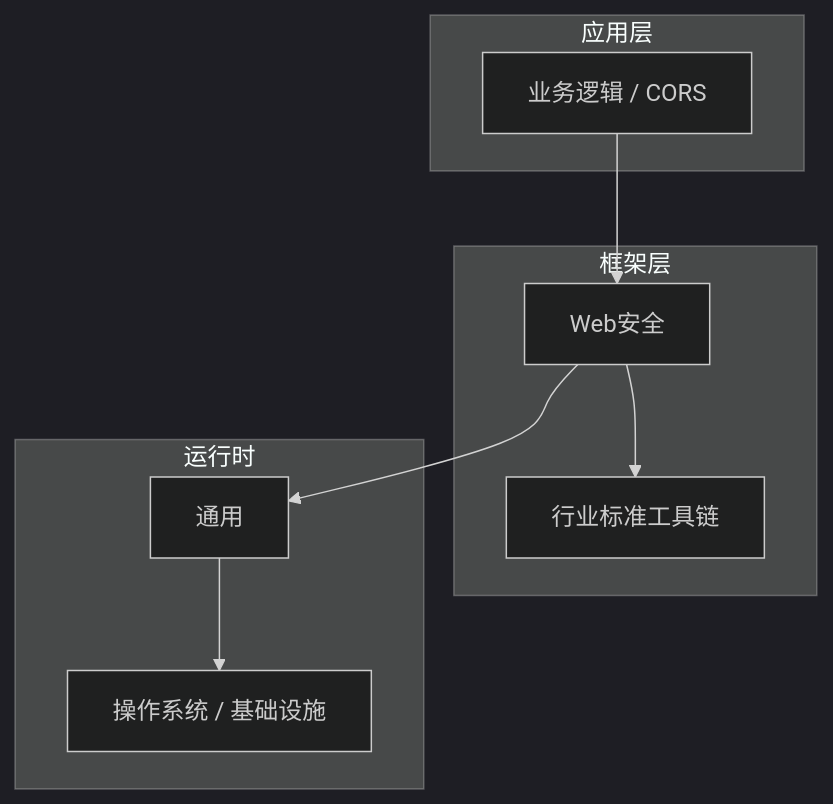
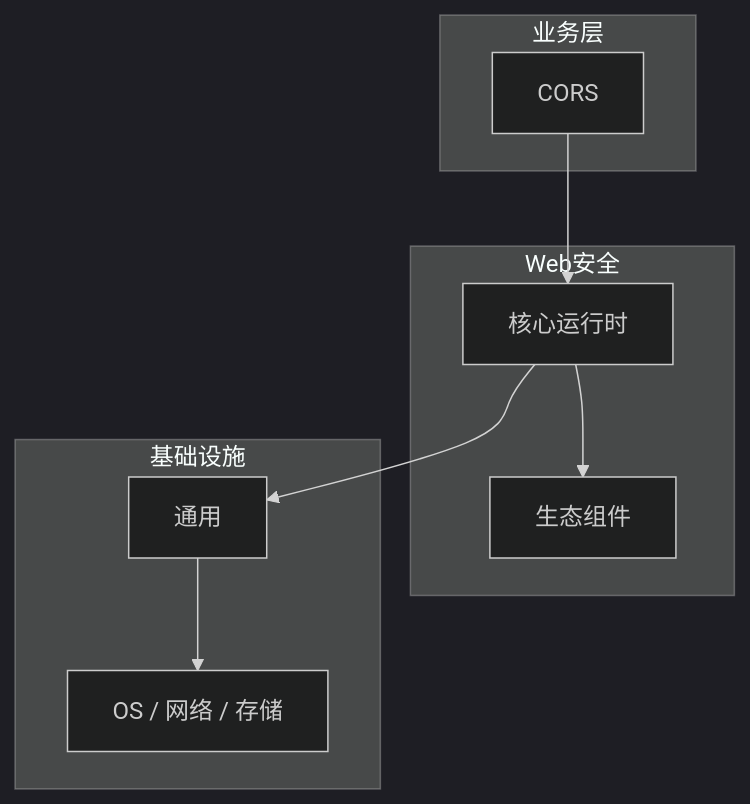
One commit to yanggan2015/knowledge-json-v2 changed the diagram in articles/Web安全/chapters/081-CORS核心概念与原理.md. Above: the diagram before and after it, drawn with Mermaid (dark theme). The commit also changed other lines of this file and 10127 other files, not shown here.

````diff
--- a/articles/Web安全/chapters/081-CORS核心概念与原理.md
+++ b/articles/Web安全/chapters/081-CORS核心概念与原理.md
@@ -46,18 +31,18 @@
 ```mermaid
 graph TB
-    subgraph 应用层
-        A[业务逻辑 / CORS]
+    subgraph 业务层
+        A[CORS]
     end
-    subgraph 框架层
-        B[Web安全]
-        C[行业标准工具链]
+    subgraph Web安全
+        B[核心运行时]
+        C[生态组件]
     end
-    subgraph 运行时
+    subgraph 基础设施
         D[通用]
-        E[操作系统 / 基础设施]
+        E[OS / 网络 / 存储]
     end
     A --> B
     B --> C
     B --> D
     D --> E
 ```
````
